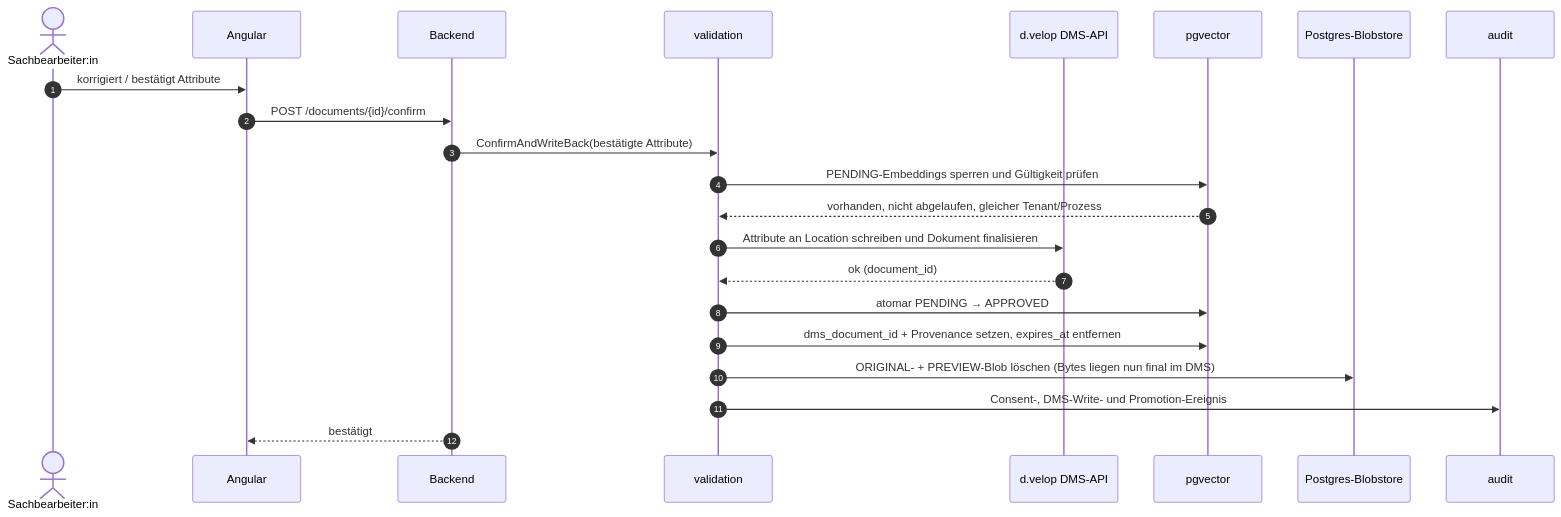
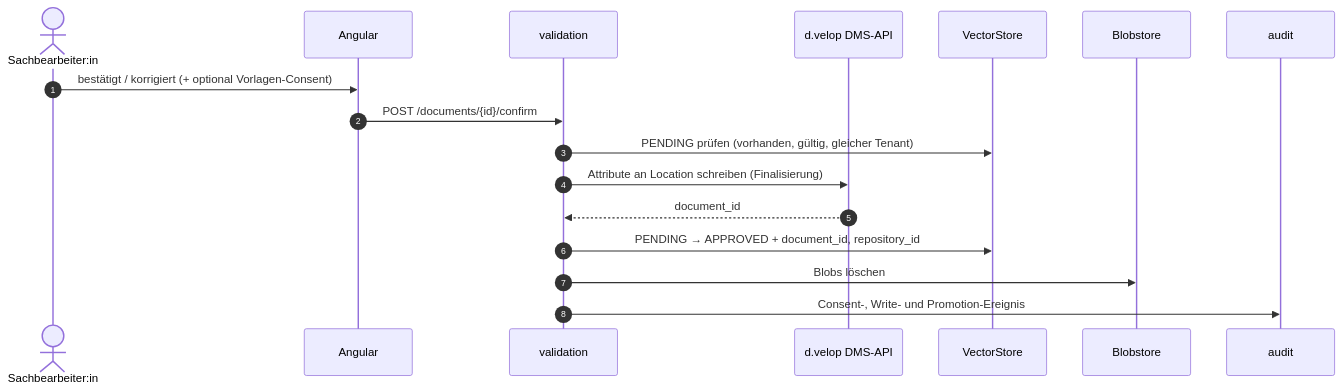
Before and after one commit to segjo/docextract: the fourth of 6 diagrams in doc/ARCHITECTURE.md, drawn with Mermaid. The commit also changed other lines of this file and 137 other files, not shown here.

Commit message:
refactor: hexagonal architecture tests to include port validation and update feature module names

````diff
--- a/doc/ARCHITECTURE.md
+++ b/doc/ARCHITECTURE.md
@@ -346,25 +324,20 @@
 ```mermaid
 sequenceDiagram
     autonumber
     actor SB as Sachbearbeiter:in
     participant FE as Angular
-    participant API as Backend
     participant VAL as validation
     participant DMS as d.velop DMS-API
-    participant VDB as pgvector
-    participant BLB as Postgres-Blobstore
+    participant VDB as VectorStore
+    participant BLB as Blobstore
     participant AUD as audit
 
-    SB->>FE: korrigiert / bestätigt Attribute
-    FE->>API: POST /documents/{id}/confirm
-    API->>VAL: ConfirmAndWriteBack(bestätigte Attribute)
-    VAL->>VDB: PENDING-Embeddings sperren und Gültigkeit prüfen
-    VDB-->>VAL: vorhanden, nicht abgelaufen, gleicher Tenant/Prozess
-    VAL->>DMS: Attribute an Location schreiben und Dokument finalisieren
-    DMS-->>VAL: ok (document_id)
-    VAL->>VDB: atomar PENDING → APPROVED
-    VAL->>VDB: dms_document_id + Provenance setzen, expires_at entfernen
-    VAL->>BLB: ORIGINAL- + PREVIEW-Blob löschen (Bytes liegen nun final im DMS)
-    VAL->>AUD: Consent-, DMS-Write- und Promotion-Ereignis
-    API-->>FE: bestätigt
+    SB->>FE: bestätigt / korrigiert (+ optional Vorlagen-Consent)
+    FE->>VAL: POST /documents/{id}/confirm
+    VAL->>VDB: PENDING prüfen (vorhanden, gültig, gleicher Tenant)
+    VAL->>DMS: Attribute an Location schreiben (Finalisierung)
+    DMS-->>VAL: document_id
+    VAL->>VDB: PENDING → APPROVED + document_id, repository_id
+    VAL->>BLB: Blobs löschen
+    VAL->>AUD: Consent-, Write- und Promotion-Ereignis
 ```
````
